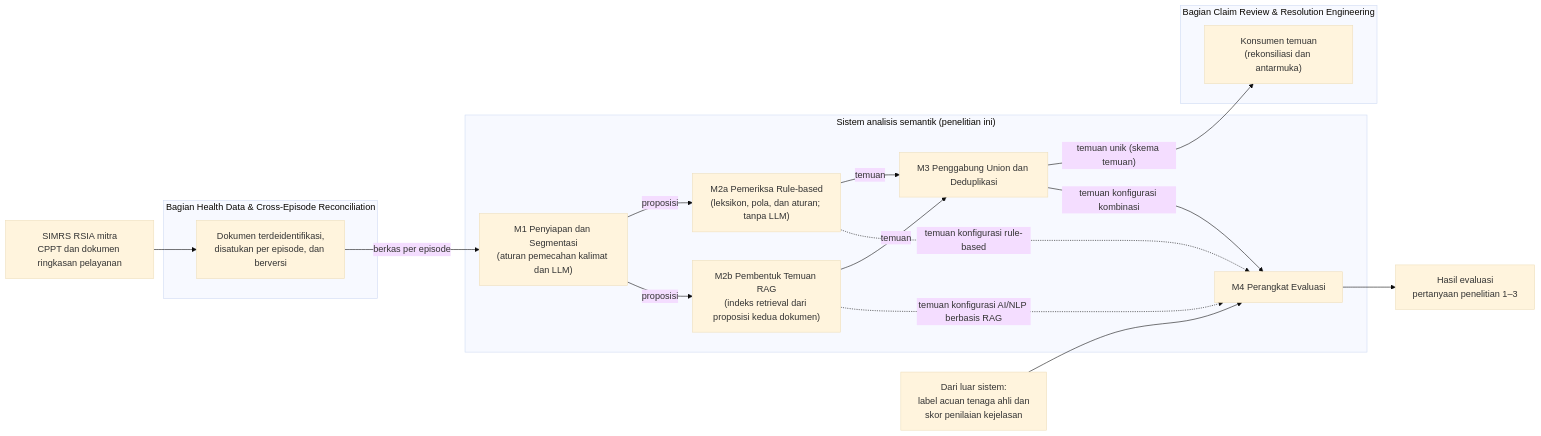
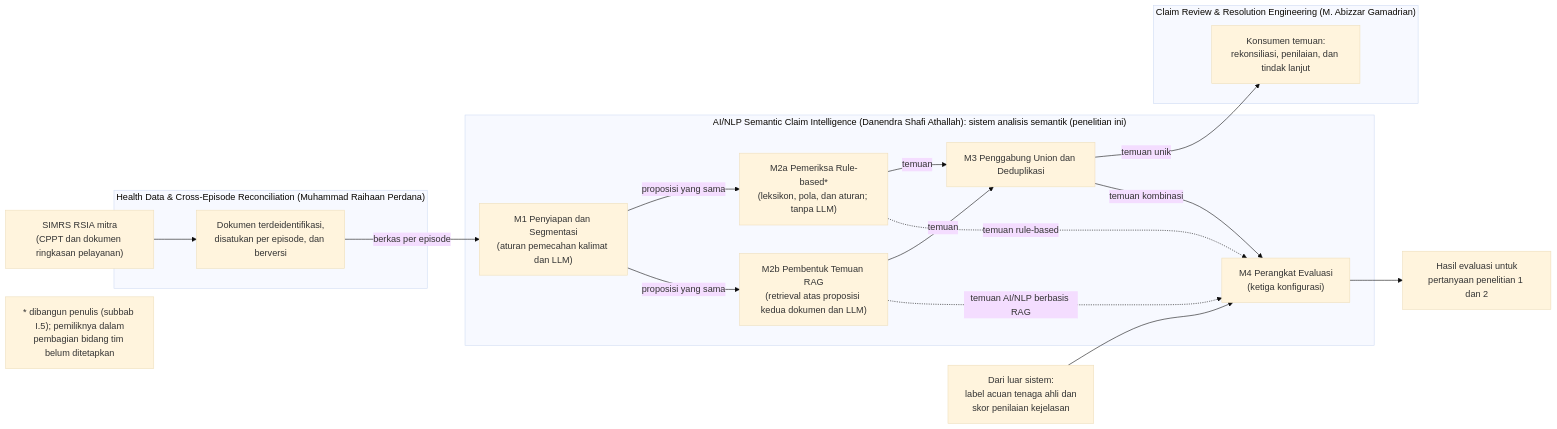
The diagram in bab3/Bab_III_Draft.md (danenftyessir/project-proposal), drawn with Mermaid (base theme) before and after one commit. The commit also changed other lines of this file and 10 other files, not shown here.

````diff
--- a/bab3/Bab_III_Draft.md
+++ b/bab3/Bab_III_Draft.md
@@ -35,31 +38,32 @@
 ```mermaid
 flowchart LR
-  SIMRS["SIMRS RSIA mitra<br/>CPPT dan dokumen ringkasan pelayanan"]
-  subgraph HD["Bagian Health Data & Cross-Episode Reconciliation"]
+  SIMRS["SIMRS RSIA mitra<br/>(CPPT dan dokumen ringkasan pelayanan)"]
+  subgraph HD["Health Data & Cross-Episode Reconciliation (Muhammad Raihaan Perdana)"]
     HD1["Dokumen terdeidentifikasi,<br/>disatukan per episode, dan berversi"]
   end
-  subgraph AS["Sistem analisis semantik (penelitian ini)"]
+  subgraph AS["AI/NLP Semantic Claim Intelligence (Danendra Shafi Athallah): sistem analisis semantik (penelitian ini)"]
     M1["M1 Penyiapan dan Segmentasi<br/>(aturan pemecahan kalimat dan LLM)"]
-    M2a["M2a Pemeriksa Rule-based<br/>(leksikon, pola, dan aturan; tanpa LLM)"]
-    M2b["M2b Pembentuk Temuan RAG<br/>(indeks retrieval dari proposisi kedua dokumen)"]
+    M2a["M2a Pemeriksa Rule-based*<br/>(leksikon, pola, dan aturan; tanpa LLM)"]
+    M2b["M2b Pembentuk Temuan RAG<br/>(retrieval atas proposisi kedua dokumen dan LLM)"]
     M3["M3 Penggabung Union dan Deduplikasi"]
-    M4["M4 Perangkat Evaluasi"]
+    M4["M4 Perangkat Evaluasi<br/>(ketiga konfigurasi)"]
   end
-  subgraph CR["Bagian Claim Review & Resolution Engineering"]
-    CR1["Konsumen temuan<br/>(rekonsiliasi dan antarmuka)"]
+  subgraph CR["Claim Review & Resolution Engineering (M. Abizzar Gamadrian)"]
+    CR1["Konsumen temuan:<br/>rekonsiliasi, penilaian, dan tindak lanjut"]
   end
   EXT["Dari luar sistem:<br/>label acuan tenaga ahli dan<br/>skor penilaian kejelasan"]
-  OUT["Hasil evaluasi<br/>pertanyaan penelitian 1–3"]
+  OUT["Hasil evaluasi untuk<br/>pertanyaan penelitian 1 dan 2"]
+  NOTE["* dibangun penulis (subbab I.5); pemiliknya dalam<br/>pembagian bidang tim belum ditetapkan"]
   SIMRS --> HD1
   HD1 -- "berkas per episode" --> M1
-  M1 -- "proposisi" --> M2a
-  M1 -- "proposisi" --> M2b
+  M1 -- "proposisi yang sama" --> M2a
+  M1 -- "proposisi yang sama" --> M2b
   M2a -- "temuan" --> M3
   M2b -- "temuan" --> M3
-  M3 -- "temuan unik (skema temuan)" --> CR1
-  M2a -. "temuan konfigurasi rule-based" .-> M4
-  M2b -. "temuan konfigurasi AI/NLP berbasis RAG" .-> M4
-  M3 -- "temuan konfigurasi kombinasi" --> M4
+  M3 -- "temuan unik" --> CR1
+  M2a -. "temuan rule-based" .-> M4
+  M2b -. "temuan AI/NLP berbasis RAG" .-> M4
+  M3 -- "temuan kombinasi" --> M4
   EXT --> M4
   M4 --> OUT
 ```
````
